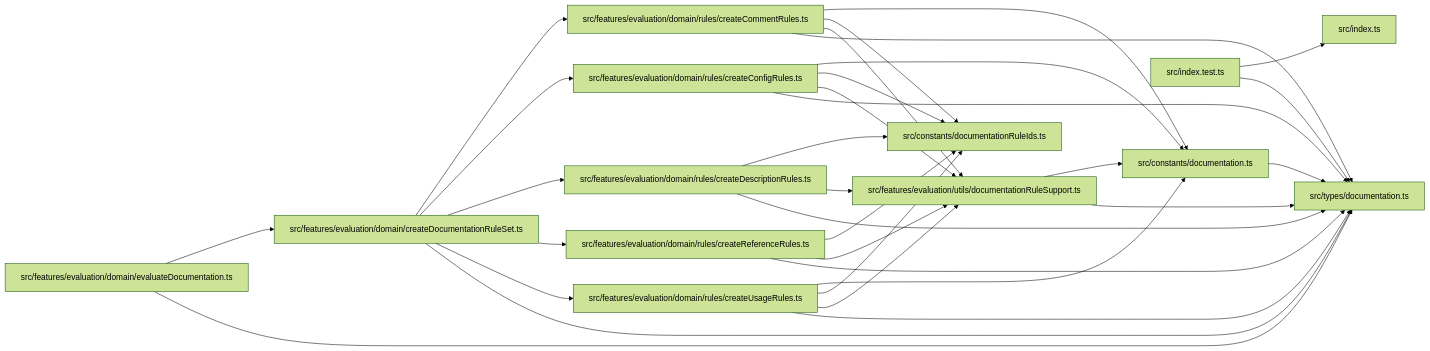
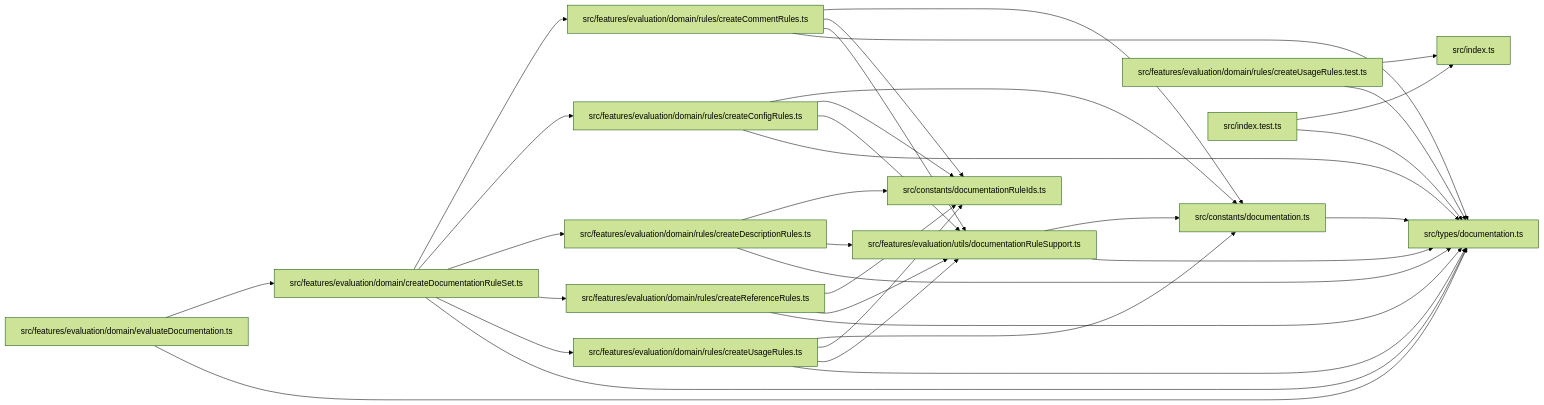
The diagram in paradox/diagrams/module-relationships.mmd (ankhorage/rules-documentation), drawn with Mermaid (forest theme) before and after one commit. The commit also changed 11 other files, not shown here.

```diff
--- a/paradox/diagrams/module-relationships.mmd
+++ b/paradox/diagrams/module-relationships.mmd
@@ -1,45 +1,48 @@
 graph LR
   module_src_constants_documentation_ts["src/constants/documentation.ts"]
   module_src_constants_documentationRuleIds_ts["src/constants/documentationRuleIds.ts"]
   module_src_features_evaluation_domain_createDocumentationRuleSet_ts["src/features/evaluation/domain/createDocumentationRuleSet.ts"]
   module_src_features_evaluation_domain_evaluateDocumentation_ts["src/features/evaluation/domain/evaluateDocumentation.ts"]
   module_src_features_evaluation_domain_rules_createCommentRules_ts["src/features/evaluation/domain/rules/createCommentRules.ts"]
   module_src_features_evaluation_domain_rules_createConfigRules_ts["src/features/evaluation/domain/rules/createConfigRules.ts"]
   module_src_features_evaluation_domain_rules_createDescriptionRules_ts["src/features/evaluation/domain/rules/createDescriptionRules.ts"]
   module_src_features_evaluation_domain_rules_createReferenceRules_ts["src/features/evaluation/domain/rules/createReferenceRules.ts"]
+  module_src_features_evaluation_domain_rules_createUsageRules_test_ts["src/features/evaluation/domain/rules/createUsageRules.test.ts"]
   module_src_features_evaluation_domain_rules_createUsageRules_ts["src/features/evaluation/domain/rules/createUsageRules.ts"]
   module_src_features_evaluation_utils_documentationRuleSupport_ts["src/features/evaluation/utils/documentationRuleSupport.ts"]
   module_src_index_test_ts["src/index.test.ts"]
   module_src_index_ts["src/index.ts"]
   module_src_types_documentation_ts["src/types/documentation.ts"]
   module_src_constants_documentation_ts --> module_src_types_documentation_ts
   module_src_features_evaluation_domain_createDocumentationRuleSet_ts --> module_src_features_evaluation_domain_rules_createCommentRules_ts
   module_src_features_evaluation_domain_createDocumentationRuleSet_ts --> module_src_features_evaluation_domain_rules_createConfigRules_ts
   module_src_features_evaluation_domain_createDocumentationRuleSet_ts --> module_src_features_evaluation_domain_rules_createDescriptionRules_ts
   module_src_features_evaluation_domain_createDocumentationRuleSet_ts --> module_src_features_evaluation_domain_rules_createReferenceRules_ts
   module_src_features_evaluation_domain_createDocumentationRuleSet_ts --> module_src_features_evaluation_domain_rules_createUsageRules_ts
   module_src_features_evaluation_domain_createDocumentationRuleSet_ts --> module_src_types_documentation_ts
   module_src_features_evaluation_domain_evaluateDocumentation_ts --> module_src_features_evaluation_domain_createDocumentationRuleSet_ts
   module_src_features_evaluation_domain_evaluateDocumentation_ts --> module_src_types_documentation_ts
   module_src_features_evaluation_domain_rules_createCommentRules_ts --> module_src_constants_documentation_ts
   module_src_features_evaluation_domain_rules_createCommentRules_ts --> module_src_constants_documentationRuleIds_ts
   module_src_features_evaluation_domain_rules_createCommentRules_ts --> module_src_features_evaluation_utils_documentationRuleSupport_ts
   module_src_features_evaluation_domain_rules_createCommentRules_ts --> module_src_types_documentation_ts
   module_src_features_evaluation_domain_rules_createConfigRules_ts --> module_src_constants_documentation_ts
   module_src_features_evaluation_domain_rules_createConfigRules_ts --> module_src_constants_documentationRuleIds_ts
   module_src_features_evaluation_domain_rules_createConfigRules_ts --> module_src_features_evaluation_utils_documentationRuleSupport_ts
   module_src_features_evaluation_domain_rules_createConfigRules_ts --> module_src_types_documentation_ts
   module_src_features_evaluation_domain_rules_createDescriptionRules_ts --> module_src_constants_documentationRuleIds_ts
   module_src_features_evaluation_domain_rules_createDescriptionRules_ts --> module_src_features_evaluation_utils_documentationRuleSupport_ts
   module_src_features_evaluation_domain_rules_createDescriptionRules_ts --> module_src_types_documentation_ts
   module_src_features_evaluation_domain_rules_createReferenceRules_ts --> module_src_constants_documentationRuleIds_ts
   module_src_features_evaluation_domain_rules_createReferenceRules_ts --> module_src_features_evaluation_utils_documentationRuleSupport_ts
   module_src_features_evaluation_domain_rules_createReferenceRules_ts --> module_src_types_documentation_ts
+  module_src_features_evaluation_domain_rules_createUsageRules_test_ts --> module_src_index_ts
+  module_src_features_evaluation_domain_rules_createUsageRules_test_ts --> module_src_types_documentation_ts
   module_src_features_evaluation_domain_rules_createUsageRules_ts --> module_src_constants_documentation_ts
   module_src_features_evaluation_domain_rules_createUsageRules_ts --> module_src_constants_documentationRuleIds_ts
   module_src_features_evaluation_domain_rules_createUsageRules_ts --> module_src_features_evaluation_utils_documentationRuleSupport_ts
   module_src_features_evaluation_domain_rules_createUsageRules_ts --> module_src_types_documentation_ts
   module_src_features_evaluation_utils_documentationRuleSupport_ts --> module_src_constants_documentation_ts
   module_src_features_evaluation_utils_documentationRuleSupport_ts --> module_src_types_documentation_ts
   module_src_index_test_ts --> module_src_index_ts
   module_src_index_test_ts --> module_src_types_documentation_ts
```
